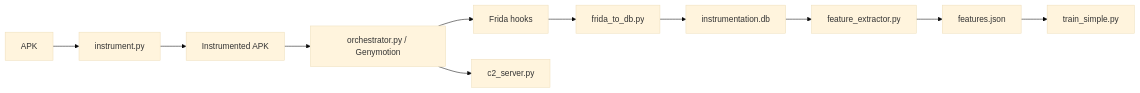
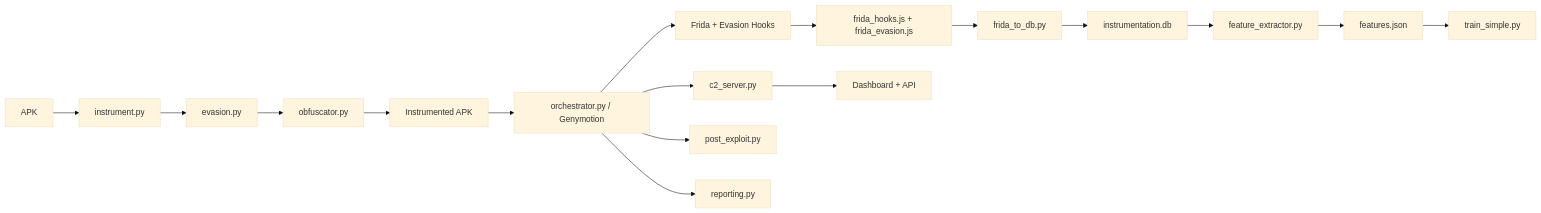
The diagram in README.md (Almavj/android-instrument), drawn with Mermaid (base theme) before and after one commit. The commit also changed other lines of this file and 16 other files, not shown here.

````diff
--- a/README.md
+++ b/README.md
@@ -30,13 +28,19 @@
 ```mermaid
 flowchart LR
     A[APK] --> B[instrument.py]
-    B --> C[Instrumented APK]
+    B --> B1[evasion.py]
+    B1 --> B2[obfuscator.py]
+    B2 --> C[Instrumented APK]
     C --> D[orchestrator.py / Genymotion]
-    D --> E[Frida hooks]
+    D --> D1[Frida + Evasion Hooks]
+    D1 --> E[frida_hooks.js + frida_evasion.js]
     E --> F[frida_to_db.py]
     F --> G[instrumentation.db]
     G --> H[feature_extractor.py]
     H --> I[features.json]
     I --> J[train_simple.py]
     D --> K[c2_server.py]
+    D --> L[post_exploit.py]
+    D --> M[reporting.py]
+    K --> N[Dashboard + API]
 ```
````
